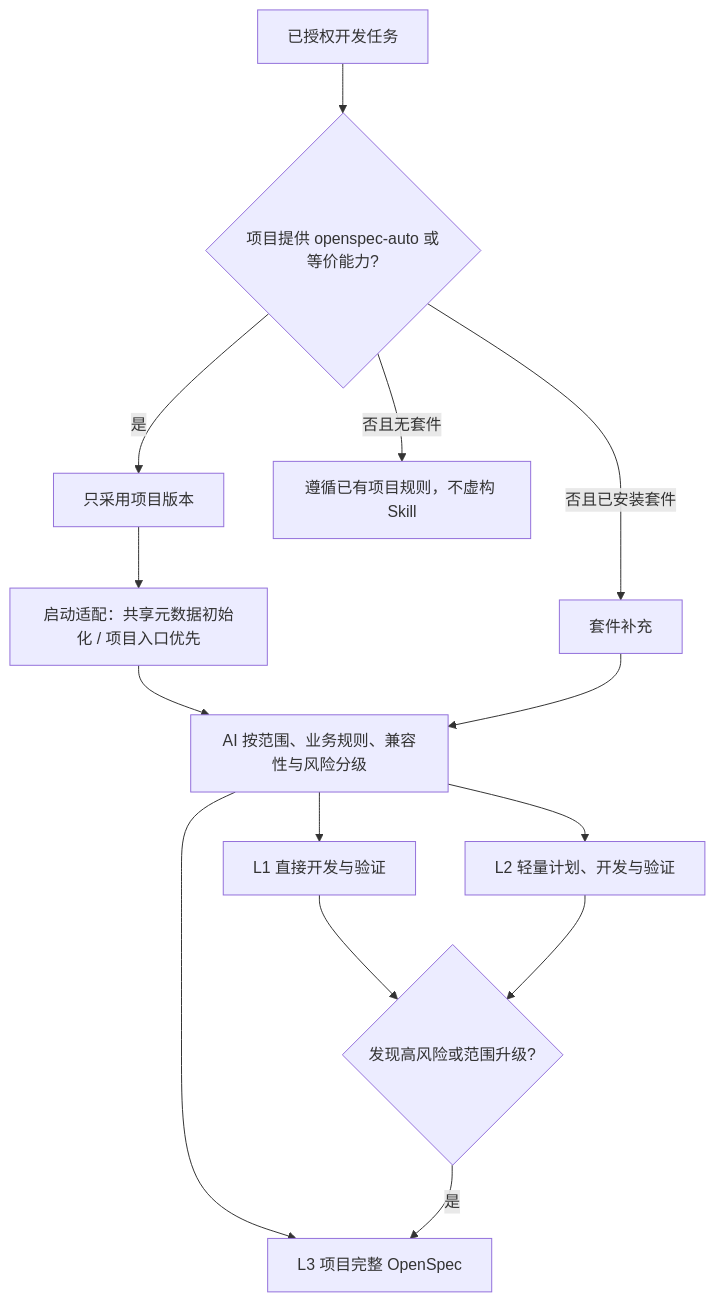
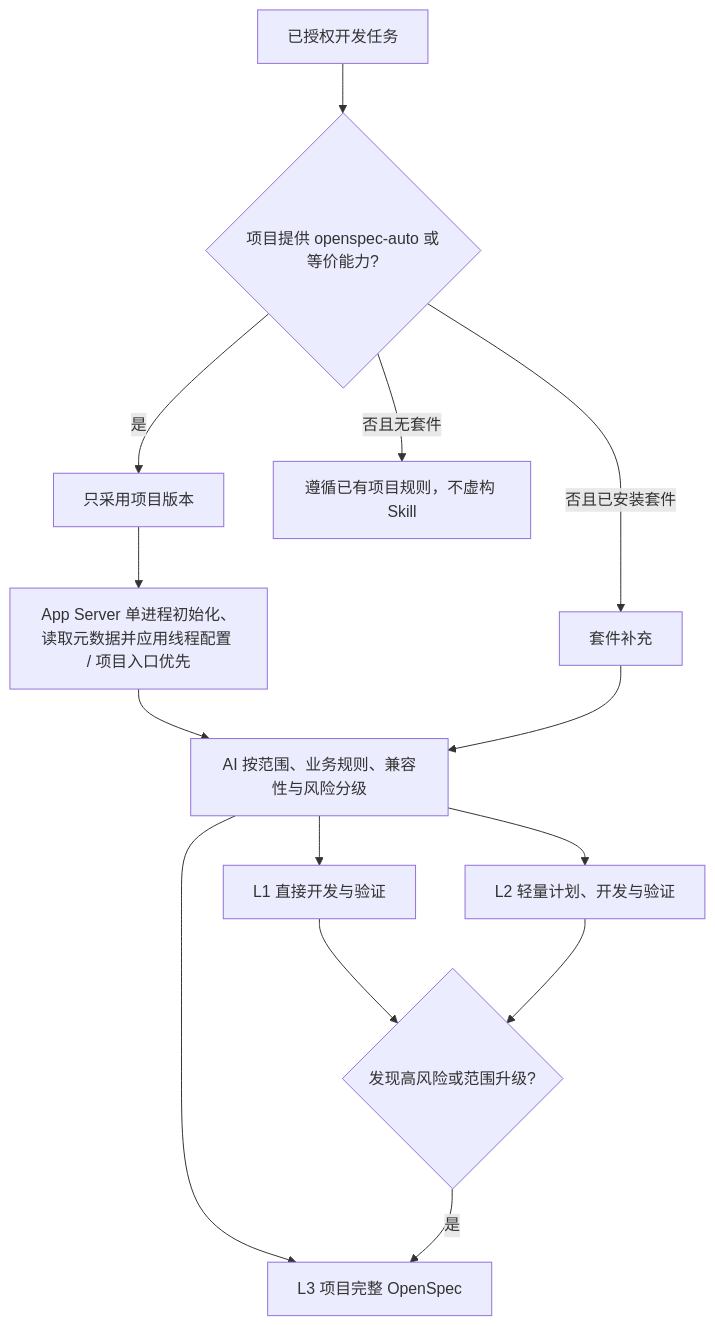
The seventh of 54 diagrams in docs/ai-coding-architecture.md (exception-coder/kai-toolbox), drawn with Mermaid before and after one commit. The commit also changed other lines of this file and 5 other files, not shown here.

````diff
--- a/docs/ai-coding-architecture.md
+++ b/docs/ai-coding-architecture.md
@@ -185,16 +185,16 @@
 ```mermaid
 flowchart TD
     TASK["已授权开发任务"] --> LOCAL{"项目提供 openspec-auto 或等价能力?"}
     LOCAL -->|"是"| PROJECT["只采用项目版本"]
     LOCAL -->|"否且已安装套件"| GLOBAL["套件补充"]
     LOCAL -->|"否且无套件"| EXISTING["遵循已有项目规则，不虚构 Skill"]
-    PROJECT --> ADAPTER["启动适配：共享元数据初始化 / 项目入口优先"]
+    PROJECT --> ADAPTER["App Server 单进程初始化、读取元数据并应用线程配置 / 项目入口优先"]
     ADAPTER --> LEVEL["AI 按范围、业务规则、兼容性与风险分级"]
     GLOBAL --> LEVEL
     LEVEL --> L1["L1 直接开发与验证"]
     LEVEL --> L2["L2 轻量计划、开发与验证"]
     LEVEL --> L3["L3 项目完整 OpenSpec"]
     L1 --> RISK{"发现高风险或范围升级?"}
     L2 --> RISK
     RISK -->|"是"| L3
 ```
````
